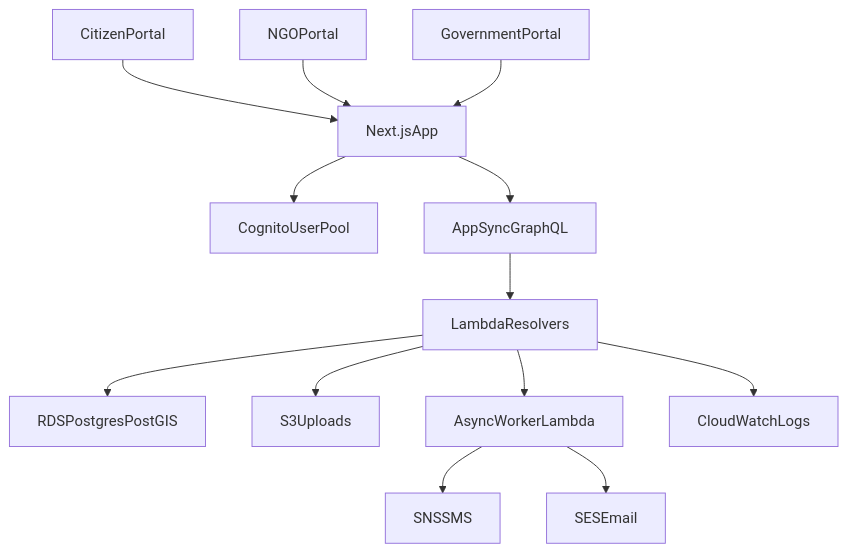
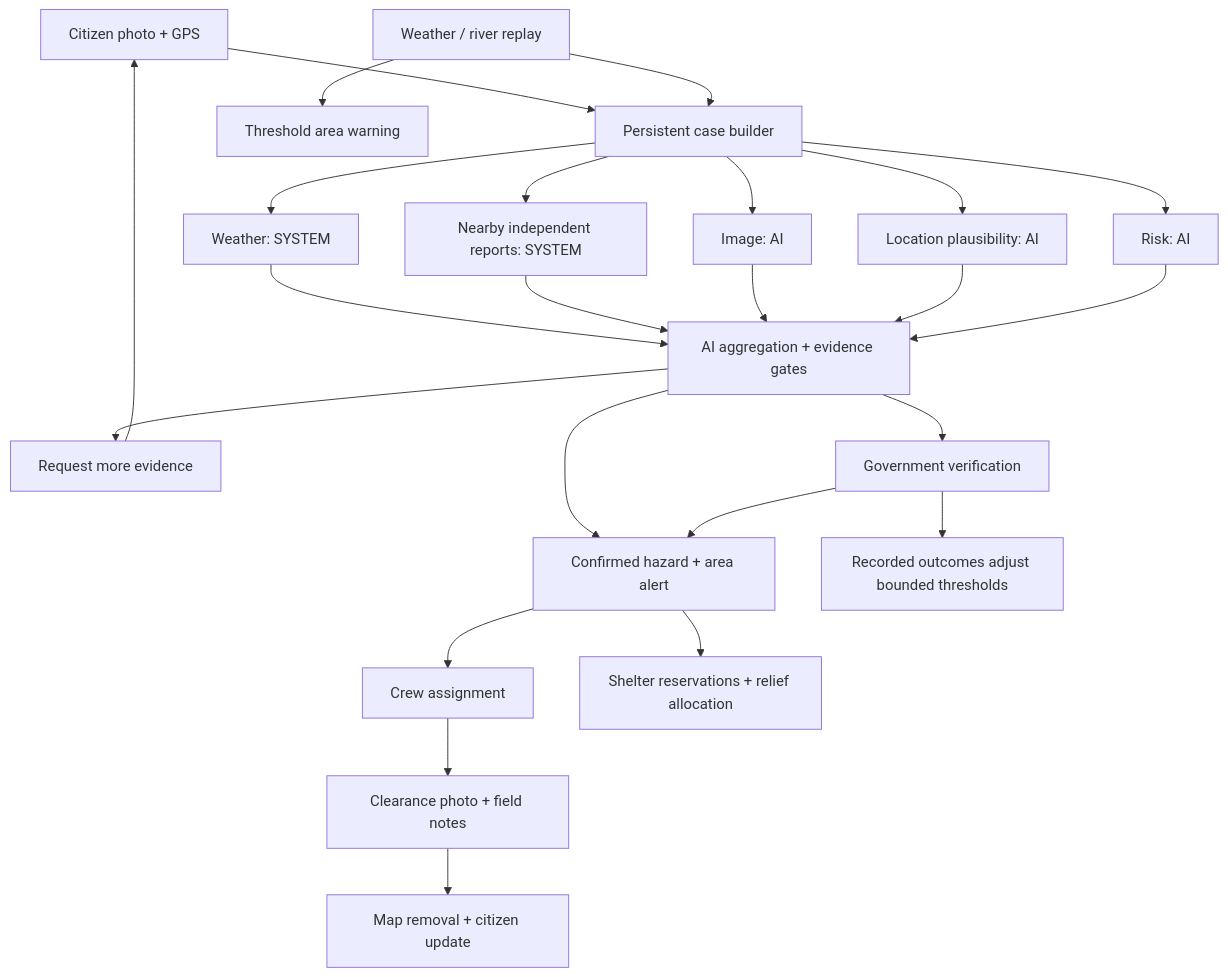
One commit to sahas-eashan/CrysisConnect-CodeArena26 changed the diagram in README.md. Above: the diagram before and after it, drawn with Mermaid. The commit also changed other lines of this file and 5 other files, not shown here.

````diff
--- a/README.md
+++ b/README.md
@@ -61,15 +30,22 @@
 ```mermaid
-flowchart TB
-    Citizen[CitizenPortal] --> NextApp[Next.jsApp]
-    NGO[NGOPortal] --> NextApp
-    Gov[GovernmentPortal] --> NextApp
-    NextApp --> Cognito[CognitoUserPool]
-    NextApp --> AppSync[AppSyncGraphQL]
-    AppSync --> Lambda[LambdaResolvers]
-    Lambda --> RDS[RDSPostgresPostGIS]
-    Lambda --> S3[S3Uploads]
-    Lambda --> Worker[AsyncWorkerLambda]
-    Worker --> SNS[SNSSMS]
-    Worker --> SES[SESEmail]
-    Lambda --> CloudWatch[CloudWatchLogs]
+flowchart TD
+  Citizen[Citizen photo + GPS] --> Case[Persistent case builder]
+  Feed[Weather / river replay] --> Case
+  Feed --> Warning[Threshold area warning]
+  Case --> Weather[Weather: SYSTEM]
+  Case --> Cluster[Nearby independent reports: SYSTEM]
+  Case --> Image[Image: AI]
+  Case --> Location[Location plausibility: AI]
+  Case --> Risk[Risk: AI]
+  Weather & Cluster & Image & Location & Risk --> Verdict[AI aggregation + evidence gates]
+  Verdict --> More[Request more evidence]
+  More --> Citizen
+  Verdict --> Review[Government verification]
+  Verdict --> Map[Confirmed hazard + area alert]
+  Review --> Map
+  Map --> Crew[Crew assignment]
+  Crew --> Close[Clearance photo + field notes]
+  Close --> Update[Map removal + citizen update]
+  Review --> Feedback[Recorded outcomes adjust bounded thresholds]
+  Map --> Relief[Shelter reservations + relief allocation]
 ```
````
